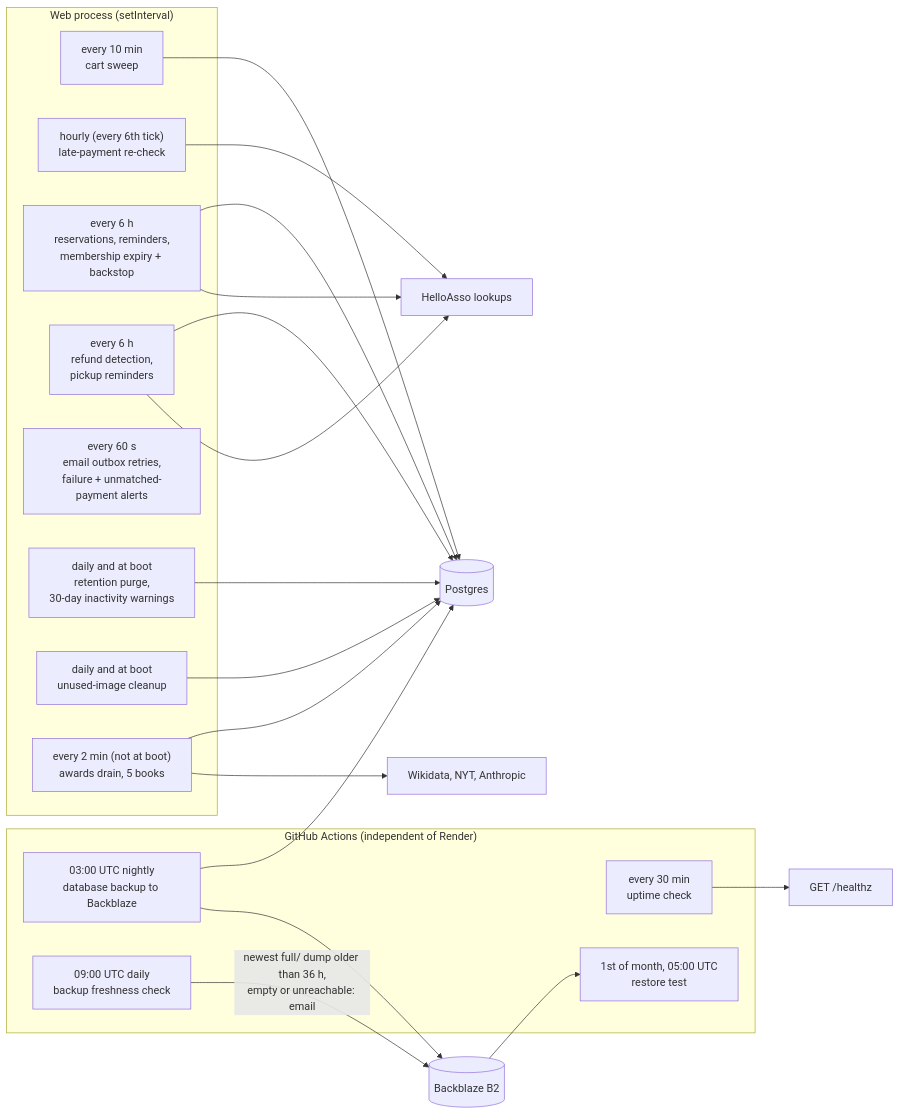
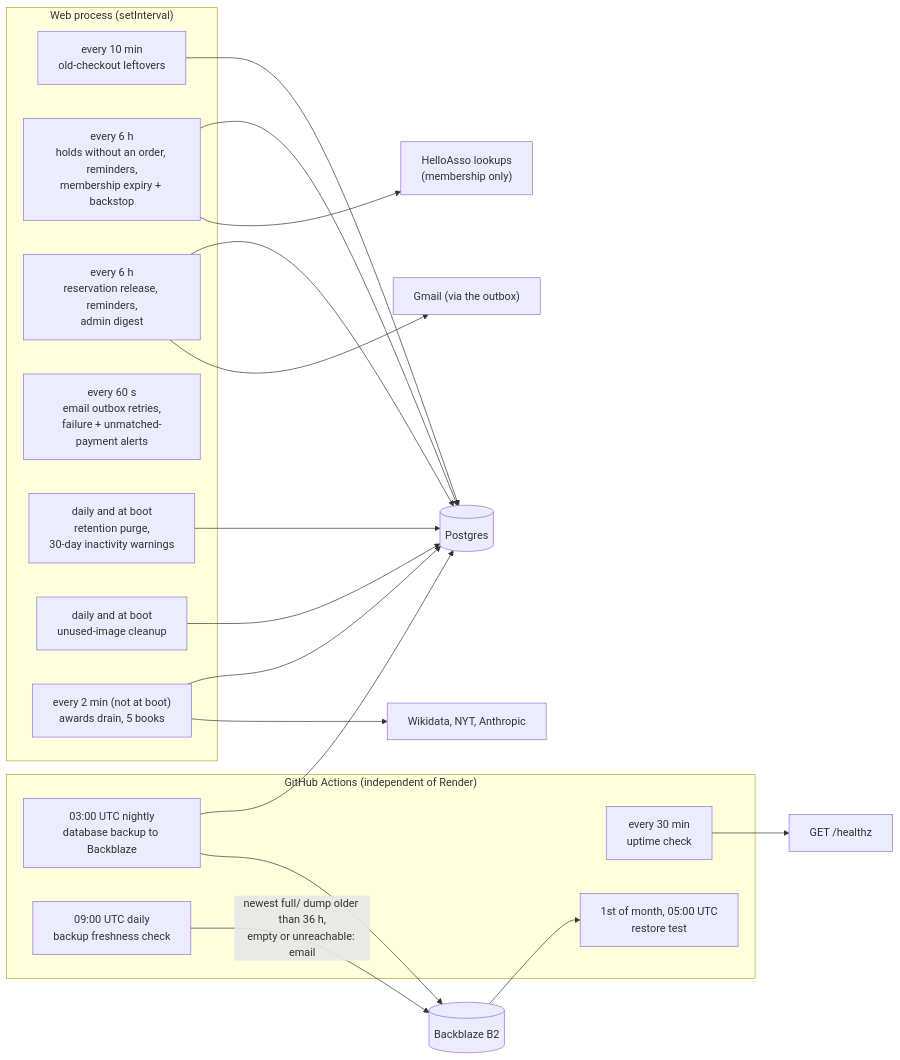
Diagram 11 of 15 in docs/architecture.md (umasbooksadmin/umasbookswebsite), drawn with Mermaid before and after one commit. The commit also changed other lines of this file and 112 other files, not shown here.

````diff
--- a/docs/architecture.md
+++ b/docs/architecture.md
@@ -837,34 +844,32 @@
 ```mermaid
 flowchart LR
   subgraph proc["Web process (setInterval)"]
-    A["every 10 min<br/>cart sweep"] 
-    B["hourly (every 6th tick)<br/>late-payment re-check"]
-    C["every 6 h<br/>reservations, reminders,<br/>membership expiry + backstop"]
-    OF["every 6 h<br/>refund detection,<br/>pickup reminders"]
+    A["every 10 min<br/>old-checkout leftovers"] 
+    C["every 6 h<br/>holds without an order, reminders,<br/>membership expiry + backstop"]
+    OF["every 6 h<br/>reservation release, reminders,<br/>admin digest"]
     OB["every 60 s<br/>email outbox retries,<br/>failure + unmatched-payment alerts"]
     P["daily and at boot<br/>retention purge,<br/>30-day inactivity warnings"]
     IC["daily and at boot<br/>unused-image cleanup"]
     AW["every 2 min (not at boot)<br/>awards drain, 5 books"]
   end
   subgraph gha["GitHub Actions (independent of Render)"]
     D["every 30 min<br/>uptime check"]
     E["03:00 UTC nightly<br/>database backup to Backblaze"]
     F["1st of month, 05:00 UTC<br/>restore test"]
     FR["09:00 UTC daily<br/>backup freshness check"]
   end
   A --> DB[("Postgres")]
-  B --> HA["HelloAsso lookups"]
   C --> DB
-  C --> HA
+  C --> HA["HelloAsso lookups<br/>(membership only)"]
   OF --> DB
-  OF --> HA
+  OF --> GMX["Gmail (via the outbox)"]
   D --> W["GET /healthz"]
   P --> DB
   E --> DB
   E --> BK[("Backblaze B2")]
   BK --> F
   FR -->|"newest full/ dump older than 36 h,<br/>empty or unreachable: email"| BK
   IC --> DB
   AW --> DB
   AW --> EXT["Wikidata, NYT, Anthropic"]
 ```
````
